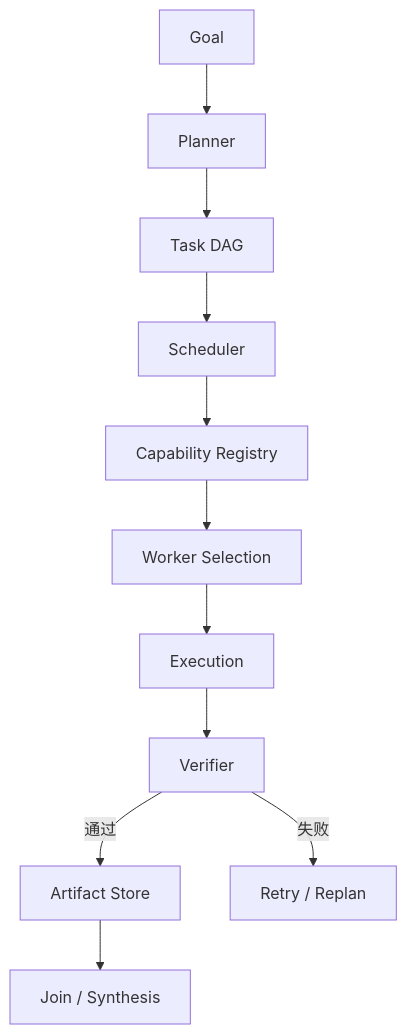
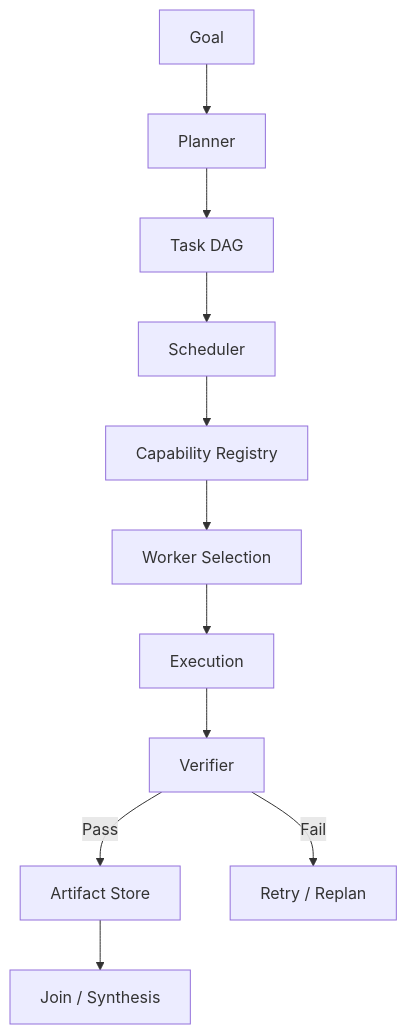
One commit to oneleaveknowsthefall/awesome-ai-roadmap changed diagram 16 of 19 in docs/agent/04-multi-agent/09-single-vs-multi-agent.md. Above: the diagram before and after it, drawn with Mermaid. The commit also changed other lines of this file and 68 other files, not shown here.

````diff
--- a/docs/agent/04-multi-agent/09-single-vs-multi-agent.md
+++ b/docs/agent/04-multi-agent/09-single-vs-multi-agent.md
@@ -871,13 +877,13 @@
 ```mermaid
 flowchart TB
     G[Goal] --> P[Planner]
     P --> DAG[Task DAG]
     DAG --> S[Scheduler]
     S --> CR[Capability Registry]
     CR --> W[Worker Selection]
     W --> E[Execution]
     E --> V[Verifier]
-    V -->|通过| A[Artifact Store]
-    V -->|失败| R[Retry / Replan]
+    V -->|Pass| A[Artifact Store]
+    V -->|Fail| R[Retry / Replan]
     A --> J[Join / Synthesis]
 ```
````
